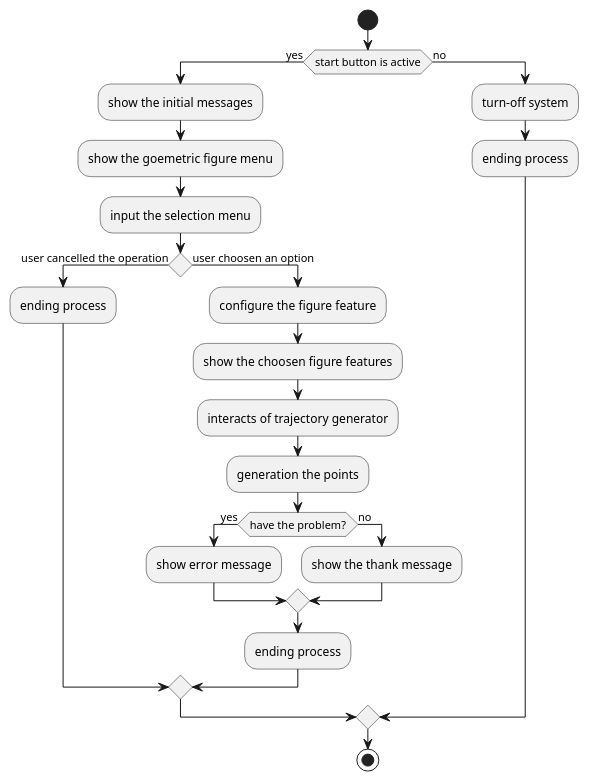
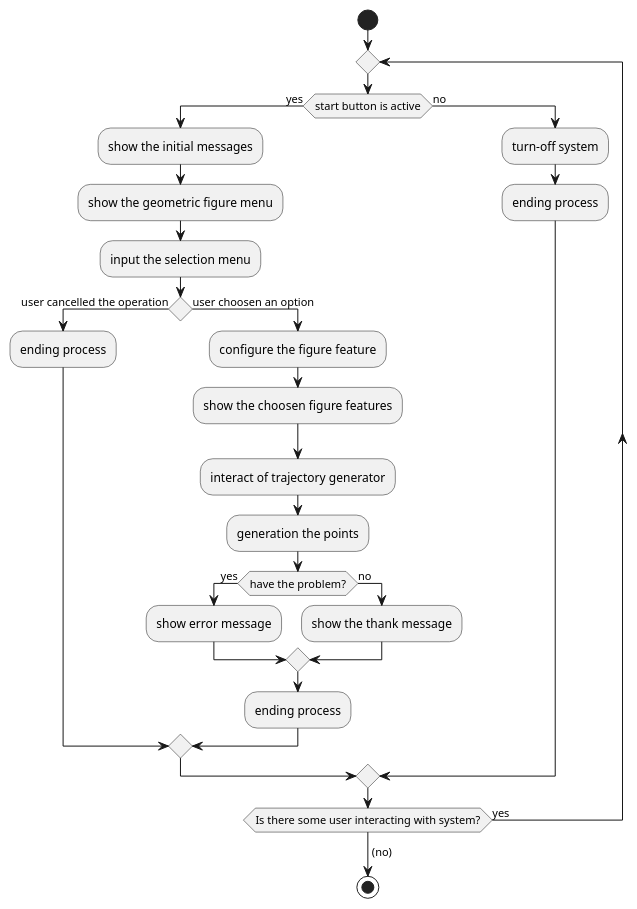
One commit to MarcioFreitasUFSC21/RTGS-Master-Course-System changed the diagram in ActivityDiagramGeneral.plantuml. Above: the diagram before and after it, drawn with PlantUML. The commit also changed 4 other files, not shown here.

Commit message:
Finally, I have conclude all the Activity diagrams of the RTGS system

```diff
--- a/ActivityDiagramGeneral.plantuml
+++ b/ActivityDiagramGeneral.plantuml
@@ -1,26 +1,29 @@
 @startuml
 start
+repeat
 if (start button is active) then (yes)
     :show the initial messages;
-    :show the goemetric figure menu;
+    :show the geometric figure menu;
     :input the selection menu;
     if () then (user cancelled the operation)
         :ending process;
     else (user choosen an option)
         :configure the figure feature;
         :show the choosen figure features;
-        :interacts of trajectory generator;
+        :interact of trajectory generator;
         :generation the points;
         if (have the problem?) then (yes)
             :show error message;
         else (no)
             :show the thank message;
         endif
         :ending process;
     endif
 else (no)
     :turn-off system;
     :ending process;
 endif
+repeat while(Is there some user interacting with system?) is (yes)
+->(no);
 stop
 @enduml
```
